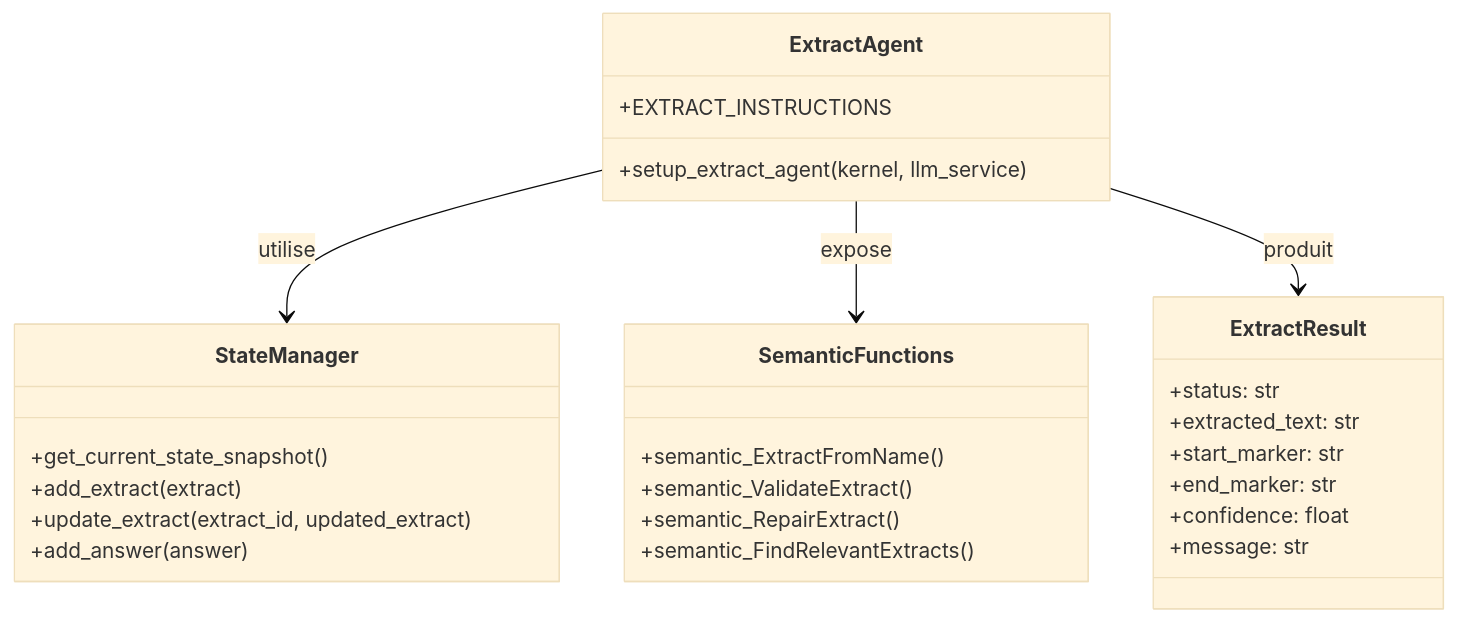
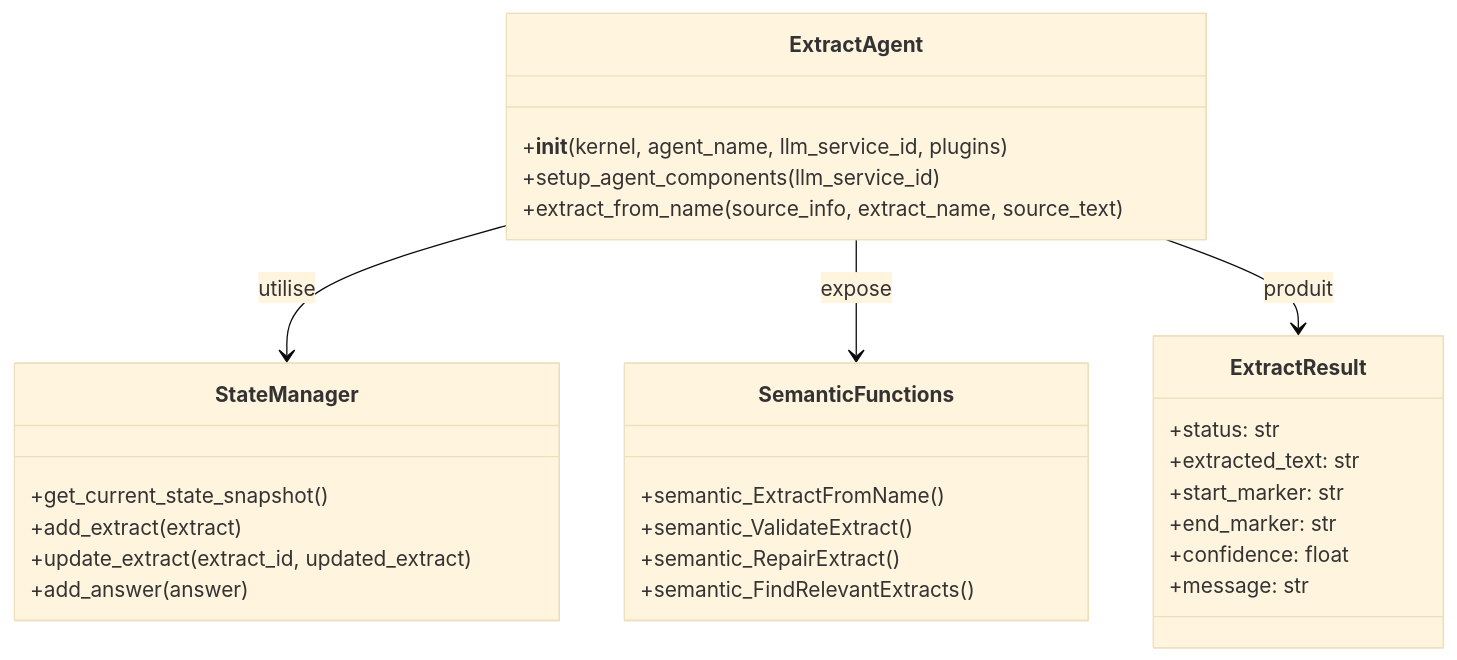
Before and after one commit to jsboigeEpita/2025-Epita-Intelligence-Symbolique: the first of 3 diagrams in docs/reference/agents/extract_agent_api.md, drawn with Mermaid (base theme). The commit also changed other lines of this file and 10 other files, not shown here.

First line of the commit message:
fix(agents): the phantom setup_extract_agent leaves the docs, and the shim alias works in all three forms (#2122)

````diff
--- a/docs/reference/agents/extract_agent_api.md
+++ b/docs/reference/agents/extract_agent_api.md
@@ -20,34 +20,35 @@
 ```mermaid
 classDiagram
     class ExtractAgent {
-        +setup_extract_agent(kernel, llm_service)
-        +EXTRACT_INSTRUCTIONS
+        +__init__(kernel, agent_name, llm_service_id, plugins)
+        +setup_agent_components(llm_service_id)
+        +extract_from_name(source_info, extract_name, source_text)
     }
     
     class StateManager {
         +get_current_state_snapshot()
         +add_extract(extract)
         +update_extract(extract_id, updated_extract)
         +add_answer(answer)
     }
     
     class SemanticFunctions {
         +semantic_ExtractFromName()
         +semantic_ValidateExtract()
         +semantic_RepairExtract()
         +semantic_FindRelevantExtracts()
     }
     
     class ExtractResult {
         +status: str
         +extracted_text: str
         +start_marker: str
         +end_marker: str
         +confidence: float
         +message: str
     }
     
     ExtractAgent --> StateManager : utilise
     ExtractAgent --> SemanticFunctions : expose
     ExtractAgent --> ExtractResult : produit
 ```
````
